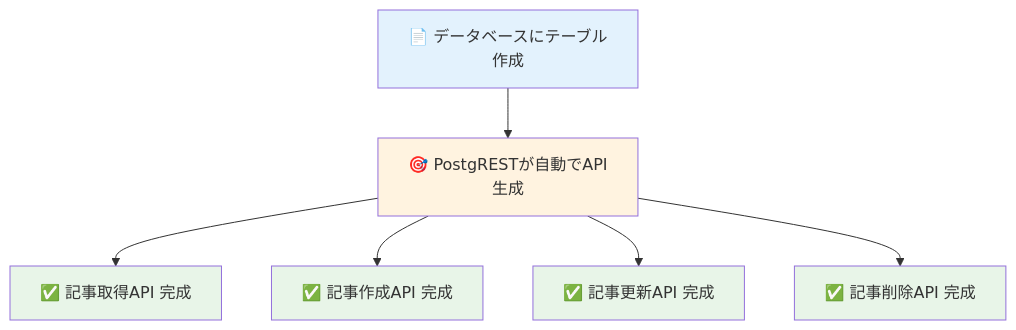
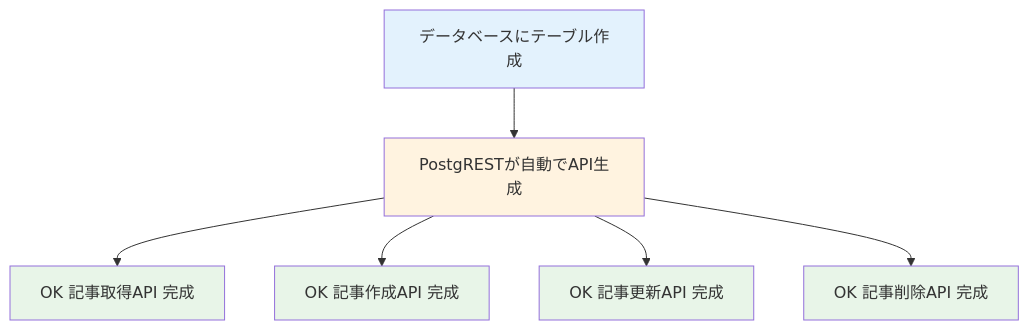
The sixth of 6 diagrams in docs/chapters/chapter01/index.md (itdojp/supabase-architecture-patterns-book), drawn with Mermaid before and after one commit. The commit also changed other lines of this file and 49 other files, not shown here.

````diff
--- a/docs/chapters/chapter01/index.md
+++ b/docs/chapters/chapter01/index.md
@@ -277,15 +277,15 @@
 ```mermaid
 flowchart TD
-    A[📄 データベースにテーブル作成] --> B[🎯 PostgRESTが自動でAPI生成]
-    B --> C[✅ 記事取得API 完成]
-    B --> D[✅ 記事作成API 完成] 
-    B --> E[✅ 記事更新API 完成]
-    B --> F[✅ 記事削除API 完成]
+    A[ データベースにテーブル作成] --> B[ PostgRESTが自動でAPI生成]
+    B --> C[OK 記事取得API 完成]
+    B --> D[OK 記事作成API 完成] 
+    B --> E[OK 記事更新API 完成]
+    B --> F[OK 記事削除API 完成]
     
     style A fill:#e3f2fd
     style B fill:#fff3e0
     style C fill:#e8f5e8
     style D fill:#e8f5e8
     style E fill:#e8f5e8
     style F fill:#e8f5e8
 ```
````
